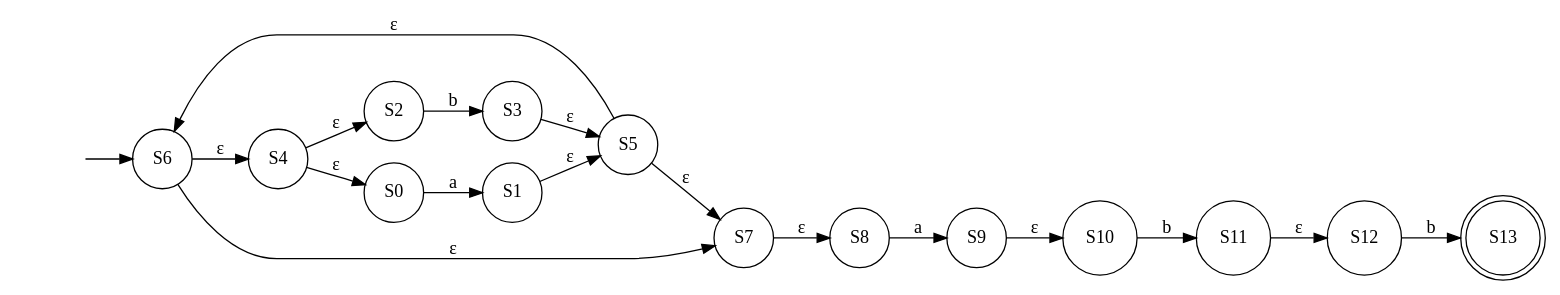
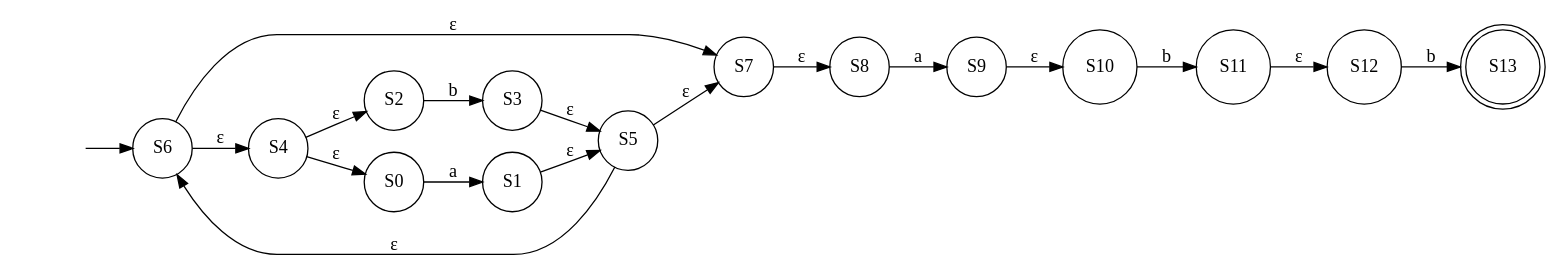
The diagram in NFA.gv (youssefhassan01/Compilers_Assignment), drawn with Graphviz before and after one commit. The commit also changed other lines of this file and 2 other files, not shown here.

```diff
--- a/NFA.gv
+++ b/NFA.gv
@@ -1,35 +1,35 @@
 digraph NFA {
 	graph [rankdir=LR]
 	"" [label="" shape=plaintext]
 	S13 [label=S13 shape=doublecircle]
+	S6 [label=S6 shape=circle]
+	S7 [label=S7 shape=circle]
+	S12 [label=S12 shape=circle]
+	S3 [label=S3 shape=circle]
+	S5 [label=S5 shape=circle]
 	S2 [label=S2 shape=circle]
+	S10 [label=S10 shape=circle]
+	S9 [label=S9 shape=circle]
 	S1 [label=S1 shape=circle]
-	S6 [label=S6 shape=circle]
-	S12 [label=S12 shape=circle]
+	S8 [label=S8 shape=circle]
 	S4 [label=S4 shape=circle]
-	S8 [label=S8 shape=circle]
-	S7 [label=S7 shape=circle]
-	S10 [label=S10 shape=circle]
-	S5 [label=S5 shape=circle]
+	S0 [label=S0 shape=circle]
 	S11 [label=S11 shape=circle]
-	S0 [label=S0 shape=circle]
-	S3 [label=S3 shape=circle]
-	S9 [label=S9 shape=circle]
 	"" -> S6 [label=""]
 	S0 -> S1 [label=a]
 	S1 -> S5 [label="ε"]
 	S2 -> S3 [label=b]
 	S3 -> S5 [label="ε"]
 	S4 -> S0 [label="ε"]
 	S4 -> S2 [label="ε"]
 	S5 -> S6 [label="ε"]
 	S5 -> S7 [label="ε"]
 	S6 -> S7 [label="ε"]
 	S6 -> S4 [label="ε"]
 	S7 -> S8 [label="ε"]
 	S8 -> S9 [label=a]
 	S9 -> S10 [label="ε"]
 	S10 -> S11 [label=b]
 	S11 -> S12 [label="ε"]
 	S12 -> S13 [label=b]
 }
```
